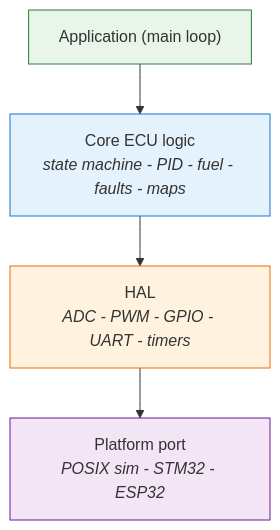
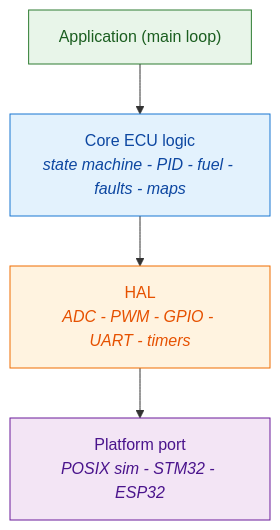
Before and after one commit to jakub-michalik/JetECU-Core: the second of 3 diagrams in doc/index.rst, drawn with Mermaid. The commit also changed other lines of this file and 5 other files, not shown here.

First line of the commit message:
docs: fix Mermaid label readability on RTD theme

```diff
--- a/doc/index.rst
+++ b/doc/index.rst
@@ -35,17 +35,17 @@
 .. mermaid::
 
    flowchart TB
        A["Application (main loop)"]
        C["Core ECU logic<br/><i>state machine - PID - fuel - faults - maps</i>"]
        H["HAL<br/><i>ADC - PWM - GPIO - UART - timers</i>"]
        P["Platform port<br/><i>POSIX sim - STM32 - ESP32</i>"]
        A --> C --> H --> P
 
-       classDef app  fill:#e8f5e9,stroke:#2e7d32;
-       classDef core fill:#e3f2fd,stroke:#1976d2;
-       classDef hal  fill:#fff3e0,stroke:#ef6c00;
-       classDef plat fill:#f3e5f5,stroke:#6a1b9a;
+       classDef app  fill:#e8f5e9,stroke:#2e7d32,color:#1b5e20;
+       classDef core fill:#e3f2fd,stroke:#1976d2,color:#0d47a1;
+       classDef hal  fill:#fff3e0,stroke:#ef6c00,color:#e65100;
+       classDef plat fill:#f3e5f5,stroke:#6a1b9a,color:#4a148c;
        class A app;
        class C core;
        class H hal;
        class P plat;
```
